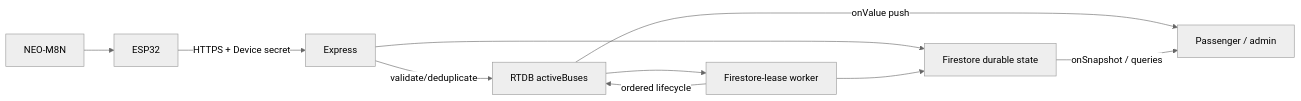
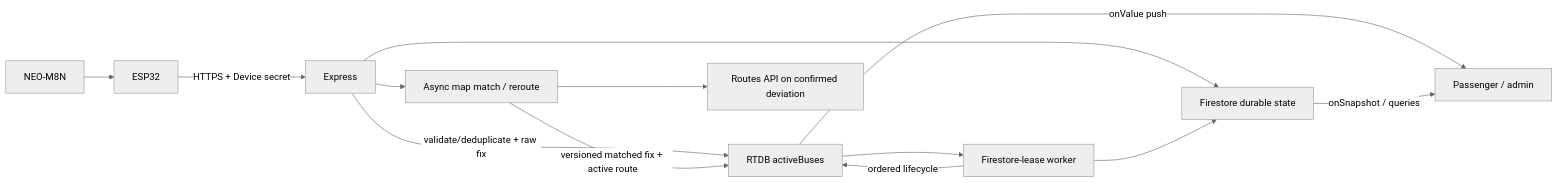
One commit to notnamansinha/Eki changed the diagram in docs/design/ARCHITECTURE.md. Above: the diagram before and after it, drawn with Mermaid (neutral theme). The commit also changed other lines of this file and 44 other files, not shown here.

````diff
--- a/docs/design/ARCHITECTURE.md
+++ b/docs/design/ARCHITECTURE.md
@@ -5,11 +5,14 @@
 ```mermaid
 flowchart LR
   GNSS["NEO-M8N"] --> ESP["ESP32"]
   ESP -->|"HTTPS + Device secret"| API["Express"]
-  API -->|"validate/deduplicate"| RTDB["RTDB activeBuses"]
+  API -->|"validate/deduplicate + raw fix"| RTDB["RTDB activeBuses"]
+  API --> MATCH["Async map match / reroute"]
+  MATCH -->|"versioned matched fix + active route"| RTDB
+  MATCH --> MAPS["Routes API on confirmed deviation"]
   RTDB --> WORKER["Firestore-lease worker"]
   WORKER -->|"ordered lifecycle"| RTDB
   API & WORKER --> FS["Firestore durable state"]
   RTDB -->|"onValue push"| WEB["Passenger / admin"]
   FS -->|"onSnapshot / queries"| WEB
 ```
````
